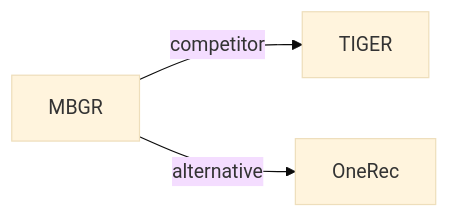
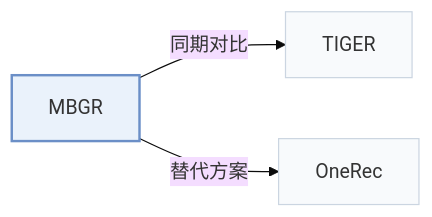
The second of 2 diagrams in pages/zh/papers/mbgr.md (Galaxy-ghost/Awesome-SID-Generative-Rec), drawn with Mermaid (base theme) before and after one commit. The commit also changed other lines of this file and 649 other files, not shown here.

Commit message:
writer-05: also tags and modality index (schema, check, build, visuals); summary field removed; calibration data for 12 papers

````diff
--- a/pages/zh/papers/mbgr.md
+++ b/pages/zh/papers/mbgr.md
@@ -68,6 +74,10 @@
 ```mermaid
 flowchart LR
     P["MBGR"]
-    P -->|competitor| A["TIGER"]
-    P -->|alternative| B["OneRec"]
+    P -->|"同期对比"| A["TIGER"]
+    P -->|"替代方案"| B["OneRec"]
+    classDef main fill:#eaf2fb,stroke:#6b8fc7,stroke-width:2px
+    classDef peer fill:#f8fafc,stroke:#cbd5e1
+    class P main
+    class A,B peer
 ```
````
